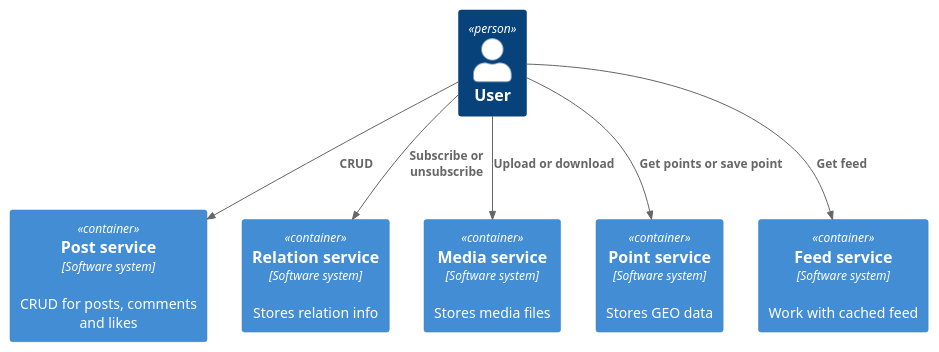
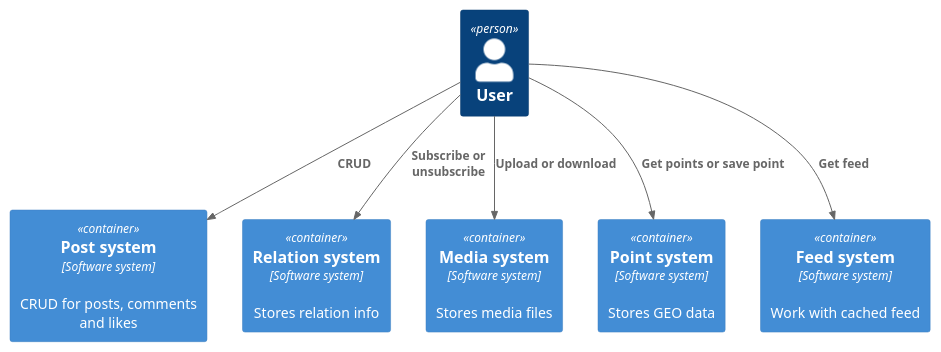
The diagram in architecture/context.puml (eliseevdry/social_network_system_design), drawn with PlantUML before and after one commit. The commit also changed 5 other files, not shown here.

```diff
--- a/architecture/context.puml
+++ b/architecture/context.puml
@@ -1,16 +1,16 @@
 @startuml
 !include https://raw.githubusercontent.com/plantuml-stdlib/C4-PlantUML/master/C4_Container.puml
 
 Person(user, "User")
-Container(postService, "Post service", "Software system", "CRUD for posts, comments and likes")
-Container(relationService, "Relation service", "Software system", "Stores relation info")
-Container(mediaService, "Media service", "Software system", "Stores media files")
-Container(pointService, "Point service", "Software system", "Stores GEO data")
-Container(feedService, "Feed service", "Software system", "Work with cached feed")
+Container(postSystem, "Post system", "Software system", "CRUD for posts, comments and likes")
+Container(relationSystem, "Relation system", "Software system", "Stores relation info")
+Container(mediaSystem, "Media system", "Software system", "Stores media files")
+Container(pointSystem, "Point system", "Software system", "Stores GEO data")
+Container(feedSystem, "Feed system", "Software system", "Work with cached feed")
 
-Rel(user, mediaService, "Upload or download")
-Rel(user, pointService, "Get points or save point")
-Rel(user, postService, "CRUD")
-Rel(user, relationService, "Subscribe or unsubscribe")
-Rel(user, feedService, "Get feed")
+Rel(user, mediaSystem, "Upload or download")
+Rel(user, pointSystem, "Get points or save point")
+Rel(user, postSystem, "CRUD")
+Rel(user, relationSystem, "Subscribe or unsubscribe")
+Rel(user, feedSystem, "Get feed")
 @enduml
```
